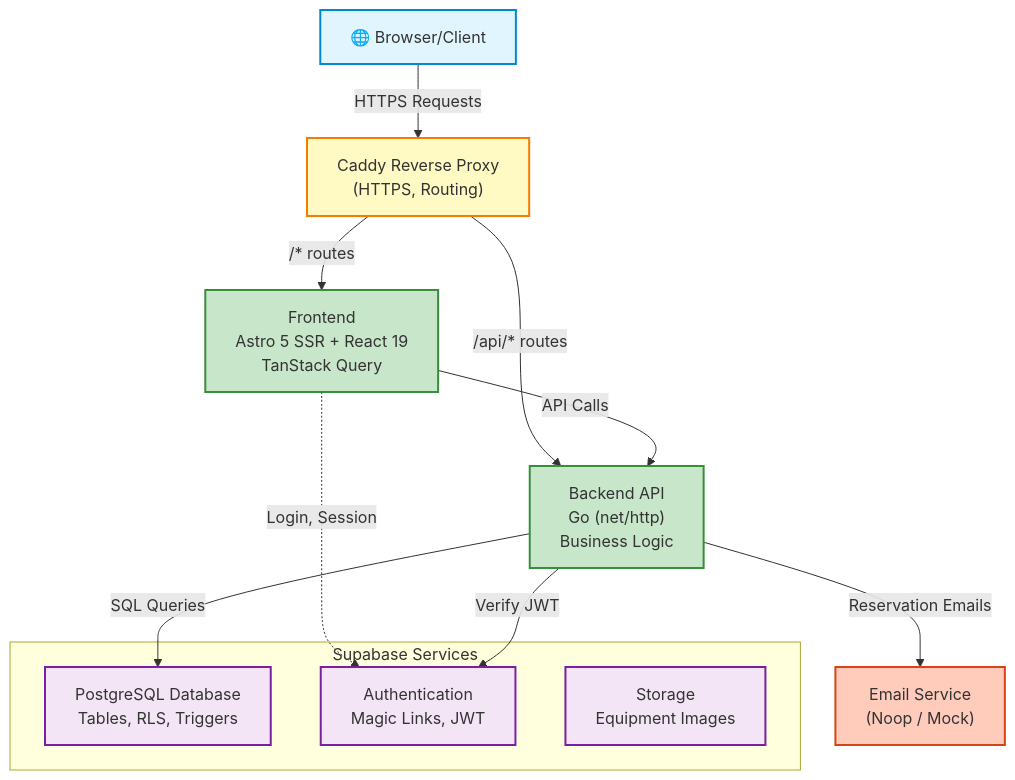
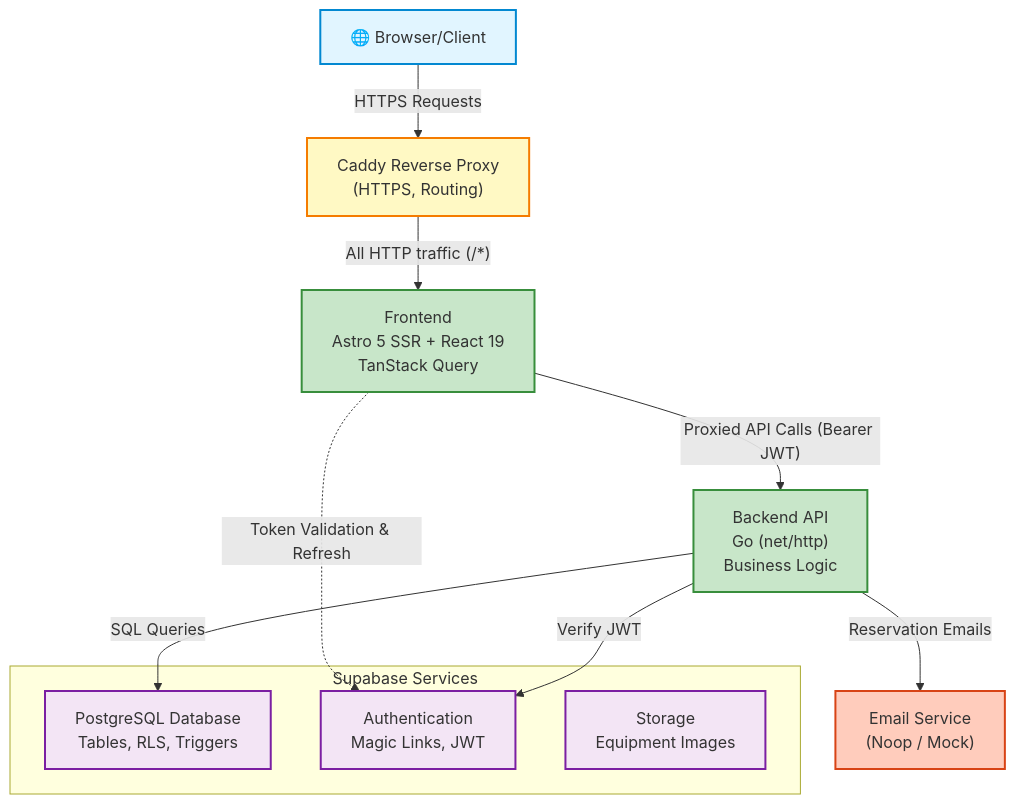
Before and after one commit to AKTK-Bystrze/Magazyn: the diagram in documentation/overview/high-level-architecture.md, drawn with Mermaid. The commit also changed other lines of this file and 59 other files, not shown here.

````diff
--- a/documentation/overview/high-level-architecture.md
+++ b/documentation/overview/high-level-architecture.md
@@ -5,42 +5,41 @@
 ```mermaid
 flowchart TB
     Browser["🌐 Browser/Client"]
 
     Caddy["Caddy Reverse Proxy<br/>(HTTPS, Routing)"]
 
     Frontend["Frontend<br/>Astro 5 SSR + React 19<br/>TanStack Query"]
 
     Backend["Backend API<br/>Go (net/http)<br/>Business Logic"]
 
     subgraph Supabase["Supabase Services"]
         DB["PostgreSQL Database<br/>Tables, RLS, Triggers"]
         Auth["Authentication<br/>Magic Links, JWT"]
         Storage["Storage<br/>Equipment Images"]
     end
 
     Email["Email Service<br/>(Noop / Mock)"]
 
     Browser -->|"HTTPS Requests"| Caddy
 
-    Caddy -->|"/* routes"| Frontend
-    Caddy -->|"/api/* routes"| Backend
+    Caddy -->|"All HTTP traffic (/*)"| Frontend
 
-    Frontend -->|"API Calls"| Backend
-    Frontend -.->|"Login, Session"| Auth
+    Frontend -->|"Proxied API Calls (Bearer JWT)"| Backend
+    Frontend -.->|"Token Validation & Refresh"| Auth
 
     Backend -->|"SQL Queries"| DB
     Backend -->|"Verify JWT"| Auth
     Backend -->|"Reservation Emails"| Email
 
     classDef browserStyle fill:#e1f5ff,stroke:#0288d1,stroke-width:2px
     classDef proxyStyle fill:#fff9c4,stroke:#f57c00,stroke-width:2px
     classDef appStyle fill:#c8e6c9,stroke:#388e3c,stroke-width:2px
     classDef supabaseStyle fill:#f3e5f5,stroke:#7b1fa2,stroke-width:2px
     classDef externalStyle fill:#ffccbc,stroke:#d84315,stroke-width:2px
 
     class Browser browserStyle
     class Caddy proxyStyle
     class Frontend,Backend appStyle
     class DB,Auth,Storage supabaseStyle
     class Email externalStyle
 ```
````
